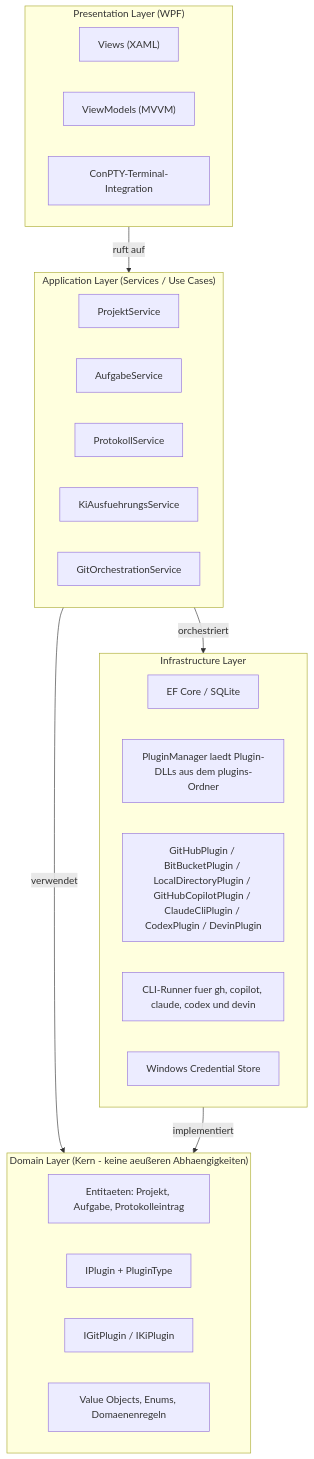
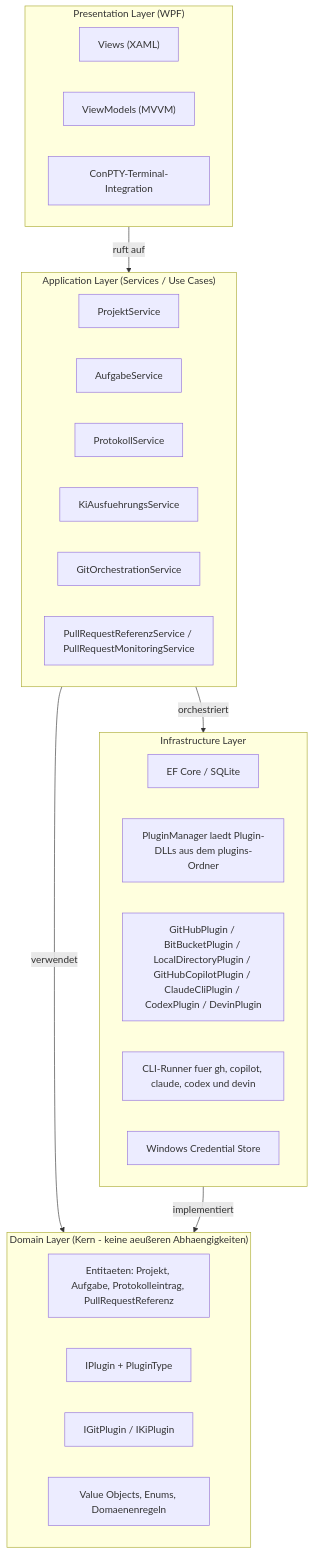
The diagram in README.md (martin-stromberg/Softwareschmiede), drawn with Mermaid before and after one commit. The commit also changed other lines of this file and 49 other files, not shown here.

````diff
--- a/README.md
+++ b/README.md
@@ -423,36 +441,37 @@
 ```mermaid
 flowchart TB
     subgraph Presentation["Presentation Layer (WPF)"]
         PRL1["Views (XAML)"]
         PRL2["ViewModels (MVVM)"]
         PRL3["ConPTY-Terminal-Integration"]
     end
 
     subgraph Application["Application Layer (Services / Use Cases)"]
         APL1["ProjektService"]
         APL2["AufgabeService"]
         APL3["ProtokollService"]
         APL4["KiAusfuehrungsService"]
         APL5["GitOrchestrationService"]
+        APL6["PullRequestReferenzService / PullRequestMonitoringService"]
     end
 
     subgraph Domain["Domain Layer (Kern - keine aeußeren Abhaengigkeiten)"]
-        DOL1["Entitaeten: Projekt, Aufgabe, Protokolleintrag"]
+        DOL1["Entitaeten: Projekt, Aufgabe, Protokolleintrag, PullRequestReferenz"]
         DOL2["IPlugin + PluginType"]
         DOL3["IGitPlugin / IKiPlugin"]
         DOL4["Value Objects, Enums, Domaenenregeln"]
     end
  
     subgraph Infrastructure["Infrastructure Layer"]
         INL1["EF Core / SQLite"]
         INL2["PluginManager laedt Plugin-DLLs aus dem plugins-Ordner"]
         INL3["GitHubPlugin / BitBucketPlugin / LocalDirectoryPlugin / GitHubCopilotPlugin / ClaudeCliPlugin / CodexPlugin / DevinPlugin"]
         INL4["CLI-Runner fuer gh, copilot, claude, codex und devin"]
         INL5["Windows Credential Store"]
     end
 
     Presentation -->|ruft auf| Application
     Application -->|verwendet| Domain
     Application -->|orchestriert| Infrastructure
     Infrastructure -->|implementiert| Domain
 ```
````
